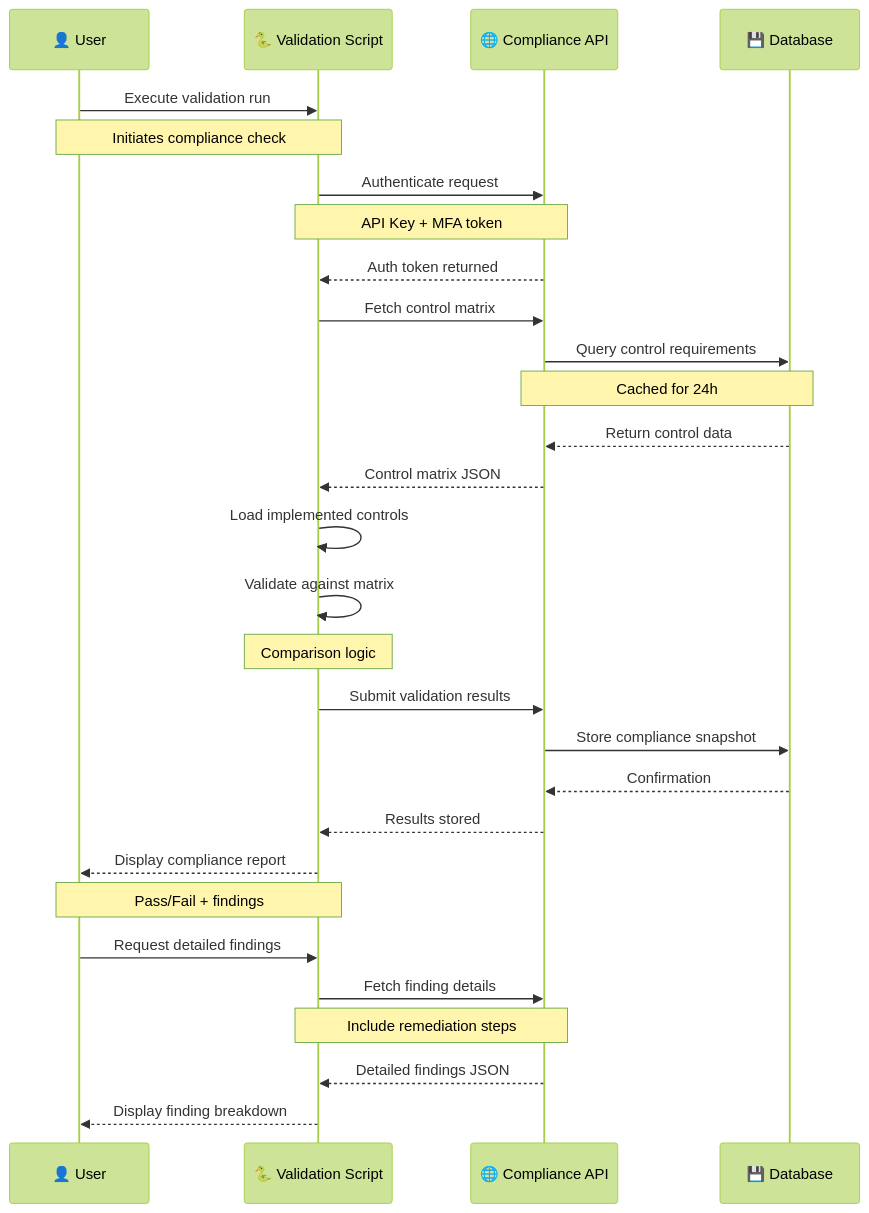
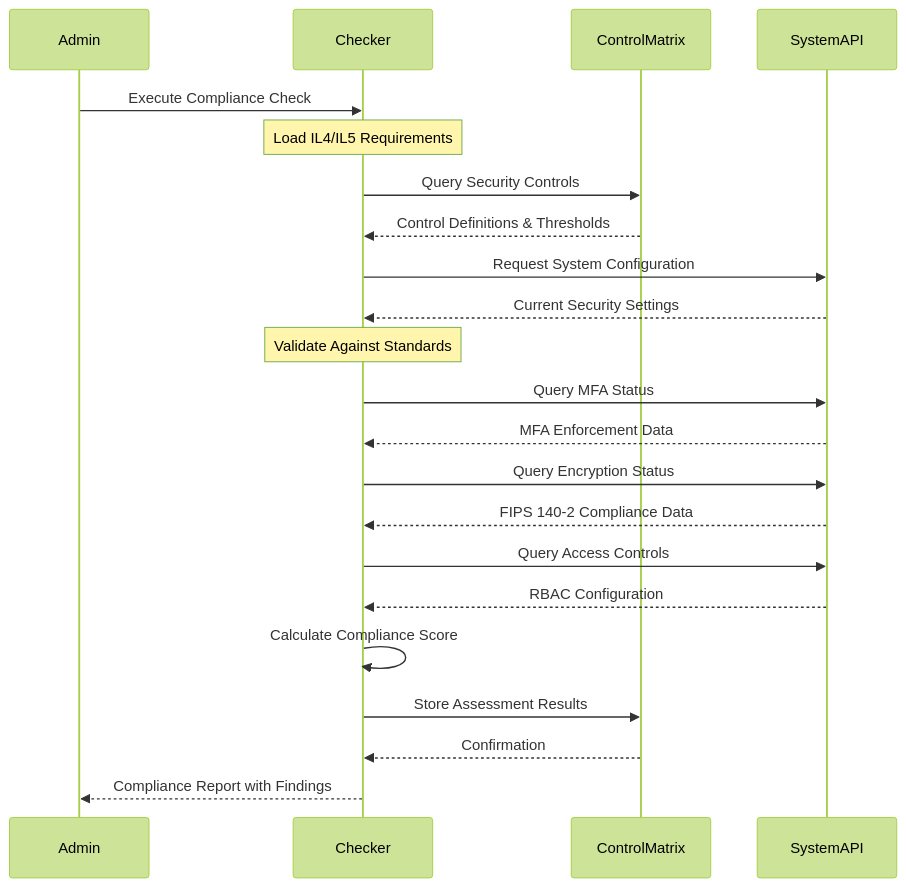
The fourth of 4 diagrams in security-compliance/il4-il5/README.md (Suren-Jewels/Scripts-Toolkit), drawn with Mermaid (forest theme) before and after one commit. The commit also changed other lines of this file, not shown here.

````diff
--- a/security-compliance/il4-il5/README.md
+++ b/security-compliance/il4-il5/README.md
@@ -211,38 +190,33 @@
 ```mermaid
 sequenceDiagram
-    participant User as 👤 User
-    participant Script as 🐍 Validation Script
-    participant API as 🌐 Compliance API
-    participant DB as 💾 Database
+    participant Admin
+    participant Checker
+    participant ControlMatrix
+    participant SystemAPI
     
-    User->>Script: Execute validation run
-    Note over User,Script: Initiates compliance check
+    Admin->>Checker: Execute Compliance Check
+    Note over Checker: Load IL4/IL5 Requirements
+    Checker->>ControlMatrix: Query Security Controls
+    ControlMatrix-->>Checker: Control Definitions & Thresholds
     
-    Script->>API: Authenticate request
-    Note over Script,API: API Key + MFA token
-    API-->>Script: Auth token returned
+    Checker->>SystemAPI: Request System Configuration
+    SystemAPI-->>Checker: Current Security Settings
     
-    Script->>API: Fetch control matrix
-    API->>DB: Query control requirements
-    Note over API,DB: Cached for 24h
-    DB-->>API: Return control data
-    API-->>Script: Control matrix JSON
+    Note over Checker: Validate Against Standards
     
-    Script->>Script: Load implemented controls
-    Script->>Script: Validate against matrix
-    Note over Script: Comparison logic
+    Checker->>SystemAPI: Query MFA Status
+    SystemAPI-->>Checker: MFA Enforcement Data
     
-    Script->>API: Submit validation results
-    API->>DB: Store compliance snapshot
-    DB-->>API: Confirmation
-    API-->>Script: Results stored
+    Checker->>SystemAPI: Query Encryption Status
+    SystemAPI-->>Checker: FIPS 140-2 Compliance Data
     
-    Script-->>User: Display compliance report
-    Note over User,Script: Pass/Fail + findings
+    Checker->>SystemAPI: Query Access Controls
+    SystemAPI-->>Checker: RBAC Configuration
     
-    User->>Script: Request detailed findings
-    Script->>API: Fetch finding details
-    Note over Script,API: Include remediation steps
-    API-->>Script: Detailed findings JSON
-    Script-->>User: Display finding breakdown
+    Checker->>Checker: Calculate Compliance Score
+    
+    Checker->>ControlMatrix: Store Assessment Results
+    ControlMatrix-->>Checker: Confirmation
+    
+    Checker-->>Admin: Compliance Report with Findings
 ```
````
